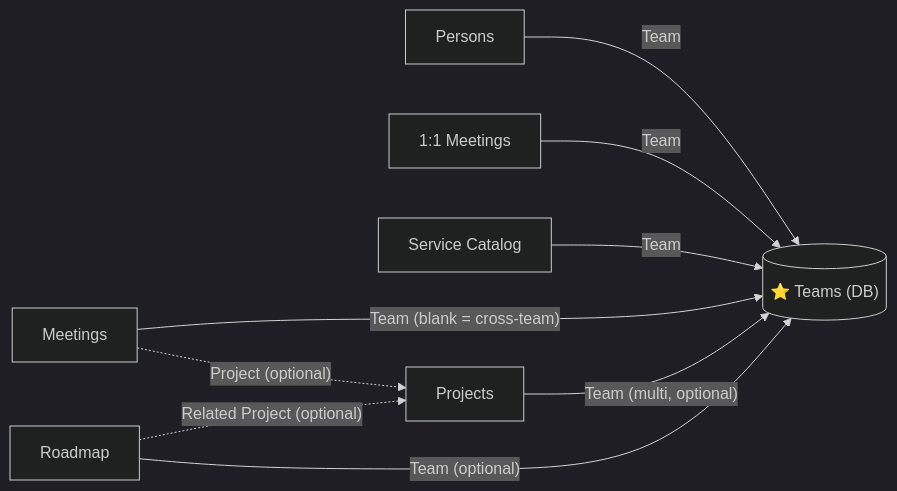
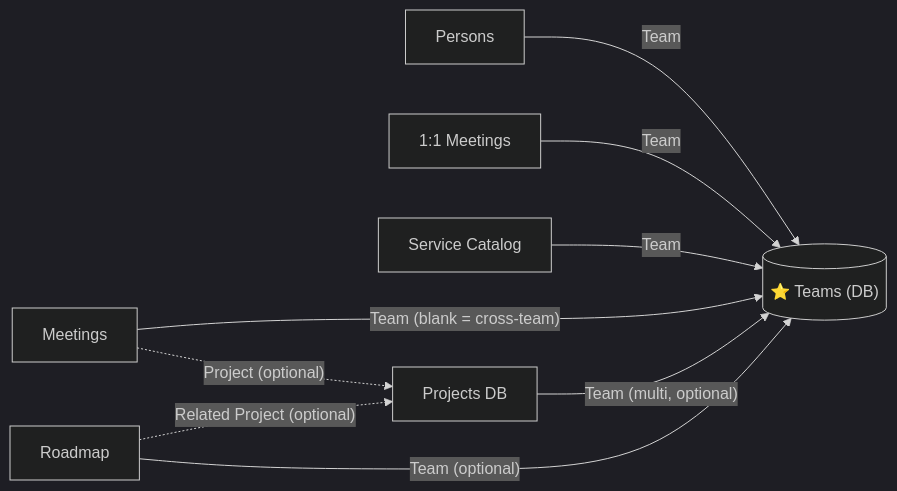
One commit to dcop7/tips_and_guides changed the tenth of 12 diagrams in workflow/personal_productivity_system.md. Above: the diagram before and after it, drawn with Mermaid (dark theme). The commit also changed other lines of this file, not shown here.

````diff
--- a/workflow/personal_productivity_system.md
+++ b/workflow/personal_productivity_system.md
@@ -429,12 +429,12 @@
 ```mermaid
 graph LR
     Teams[("⭐ Teams (DB)")]
     Persons["Persons"] -->|Team| Teams
     OneOnOne["1:1 Meetings"] -->|Team| Teams
     SC["Service Catalog"] -->|Team| Teams
     Meetings["Meetings"] -->|"Team (blank = cross-team)"| Teams
-    Projects["Projects"] -->|"Team (multi, optional)"| Teams
+    Projects["Projects DB"] -->|"Team (multi, optional)"| Teams
     Roadmap["Roadmap"] -->|"Team (optional)"| Teams
     Meetings -.->|"Project (optional)"| Projects
     Roadmap -.->|"Related Project (optional)"| Projects
 ```
````
